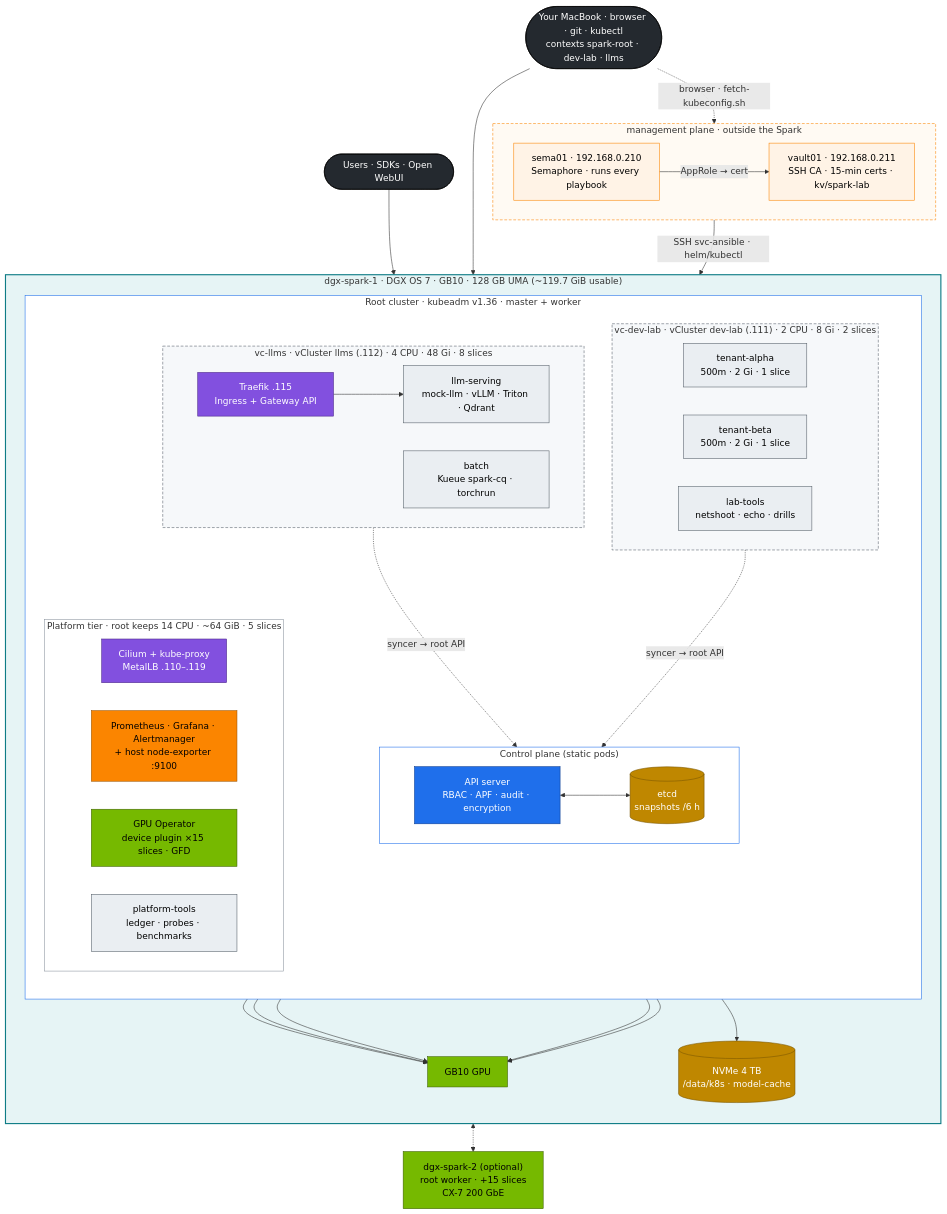
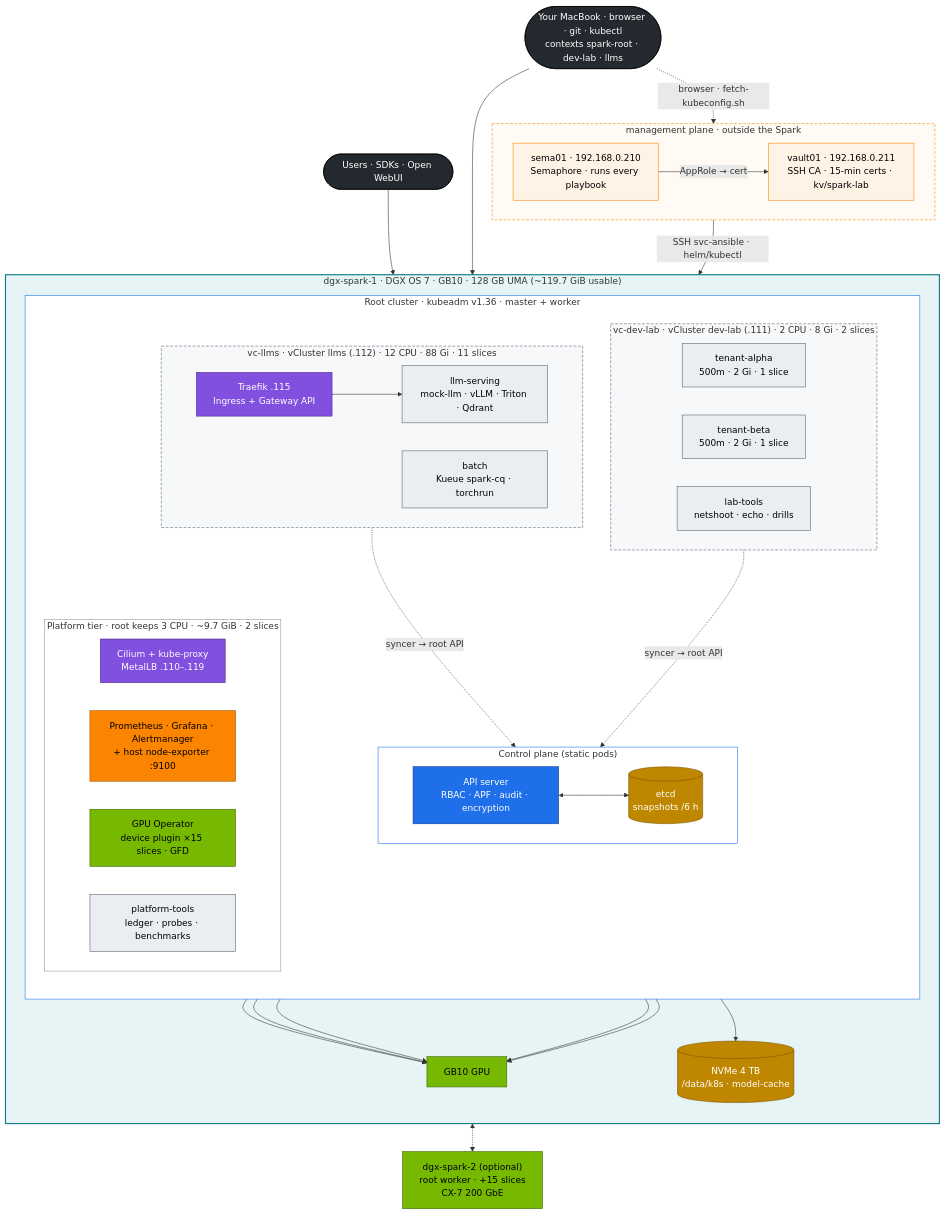
Before and after one commit to cloudone365/technical-depth: the first of 3 diagrams in 02-Kubernetes/05-dgx-spark-datacenter-simulation-lab.md, drawn with Mermaid. The commit also changed other lines of this file and 48 other files, not shown here.

````diff
--- a/02-Kubernetes/05-dgx-spark-datacenter-simulation-lab.md
+++ b/02-Kubernetes/05-dgx-spark-datacenter-simulation-lab.md
@@ -38,76 +38,76 @@
 ```mermaid
 flowchart TB
   USER(["Users · SDKs · Open WebUI"]) --> EDGE
   ADMIN(["Your MacBook · browser · git · kubectl<br/>contexts spark-root · dev-lab · llms"])
   subgraph MGMT["management plane · outside the Spark"]
     direction LR
     SEMA["sema01 · 192.168.0.210<br/>Semaphore · runs every playbook"]
     VLT["vault01 · 192.168.0.211<br/>SSH CA · 15-min certs · kv/spark-lab"]
   end
   subgraph SPARK["dgx-spark-1 · DGX OS 7 · GB10 · 128 GB UMA (~119.7 GiB usable)"]
     direction TB
     subgraph ROOT["Root cluster · kubeadm v1.36 · master + worker"]
       direction TB
       subgraph CP["Control plane (static pods)"]
         direction LR
         API["API server<br/>RBAC · APF · audit · encryption"]
         ETCD[("etcd<br/>snapshots /6 h")]
       end
-      subgraph PLATFORM["Platform tier · root keeps 14 CPU · ~64 GiB · 5 slices"]
+      subgraph PLATFORM["Platform tier · root keeps 3 CPU · ~9.7 GiB · 2 slices"]
         direction LR
         NET["Cilium + kube-proxy<br/>MetalLB .110–.119"]
         OBS["Prometheus · Grafana · Alertmanager<br/>+ host node-exporter :9100"]
         GPUOP["GPU Operator<br/>device plugin ×15 slices · GFD"]
         PT["platform-tools<br/>ledger · probes · benchmarks"]
       end
       subgraph DEV["vc-dev-lab · vCluster dev-lab (.111) · 2 CPU · 8 Gi · 2 slices"]
         direction LR
         TA["tenant-alpha<br/>500m · 2 Gi · 1 slice"]
         TB["tenant-beta<br/>500m · 2 Gi · 1 slice"]
         LT["lab-tools<br/>netshoot · echo · drills"]
       end
-      subgraph LLM["vc-llms · vCluster llms (.112) · 4 CPU · 48 Gi · 8 slices"]
+      subgraph LLM["vc-llms · vCluster llms (.112) · 12 CPU · 88 Gi · 11 slices"]
         direction LR
         EDGE["Traefik .115<br/>Ingress + Gateway API"]
         SERVE["llm-serving<br/>mock-llm · vLLM · Triton · Qdrant"]
         BATCH["batch<br/>Kueue spark-cq · torchrun"]
       end
     end
     NVME[("NVMe 4 TB<br/>/data/k8s · model-cache")]
     GB10["GB10 GPU"]
   end
   S2["dgx-spark-2 (optional)<br/>root worker · +15 slices<br/>CX-7 200 GbE"]
   ADMIN --> API
   ADMIN -. "browser · fetch-kubeconfig.sh" .-> SEMA
   SEMA -->|"AppRole → cert"| VLT
   SEMA -->|"SSH svc-ansible · helm/kubectl"| SPARK
   EDGE --> SERVE
   SERVE & BATCH & TA & TB & PT --> GB10
   SERVE --> NVME
   API <--> ETCD
   DEV & LLM -. "syncer → root API" .-> API
   SPARK <-.-> S2
   classDef ctrl fill:#1f6feb,stroke:#0b3d91,color:#fff
   classDef net fill:#8250df,stroke:#4c2889,color:#fff
   classDef gpu fill:#76b900,stroke:#3d6000,color:#000
   classDef store fill:#bf8700,stroke:#7a5600,color:#fff
   classDef obs fill:#fb8500,stroke:#9a5200,color:#000
   classDef tenant fill:#eaeef2,stroke:#57606a,color:#000
   classDef ext fill:#24292f,stroke:#000,color:#fff
   class API ctrl
   class EDGE,NET net
   class GB10,GPUOP,S2 gpu
   class ETCD,NVME store
   class OBS obs
   class SERVE,BATCH,TA,TB,LT,PT tenant
   class USER,ADMIN ext
   classDef mgmt fill:#fff3e6,stroke:#fb8500,color:#000
   class SEMA,VLT mgmt
   style SPARK fill:#e6f4f5,stroke:#0e7c86,stroke-width:2px
   style ROOT fill:#ffffff,stroke:#1f6feb
   style PLATFORM fill:#ffffff,stroke:#8c959f
   style CP fill:#ffffff,stroke:#1f6feb
   style DEV fill:#f6f8fa,stroke:#57606a,stroke-dasharray:5 3
   style LLM fill:#f6f8fa,stroke:#57606a,stroke-dasharray:5 3
   style MGMT fill:#fffaf3,stroke:#fb8500,stroke-dasharray:5 3
 ```
````
